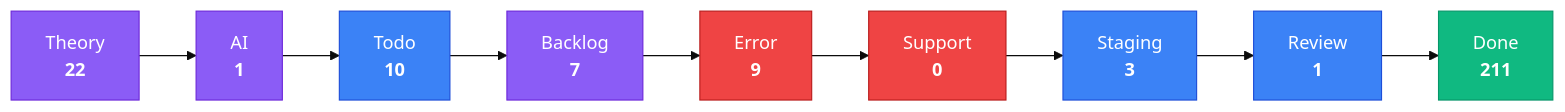
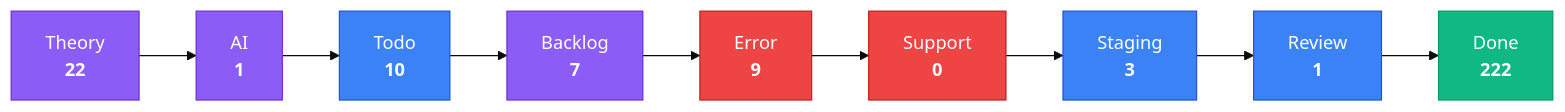
One commit to KBVE/kbve changed the third of 4 diagrams in apps/kbve/astro-kbve/src/content/docs/dashboard/kanban-data.mdx. Above: the diagram before and after it, drawn with Mermaid (base theme). The commit also changed other lines of this file and 8 other files, not shown here.

````diff
--- a/apps/kbve/astro-kbve/src/content/docs/dashboard/kanban-data.mdx
+++ b/apps/kbve/astro-kbve/src/content/docs/dashboard/kanban-data.mdx
@@ -80,28 +80,28 @@
 ```mermaid
 flowchart LR
     classDef planning fill:#8b5cf6,stroke:#6d28d9,color:#fff
     classDef active fill:#3b82f6,stroke:#1d4ed8,color:#fff
     classDef blocked fill:#ef4444,stroke:#b91c1c,color:#fff
     classDef done fill:#10b981,stroke:#059669,color:#fff
     Theory["Theory<br/><strong>22</strong>"]
     Theory --> AI
     AI["AI<br/><strong>1</strong>"]
     AI --> Todo
     Todo["Todo<br/><strong>10</strong>"]
     Todo --> Backlog
     Backlog["Backlog<br/><strong>7</strong>"]
     Backlog --> Error
     Error["Error<br/><strong>9</strong>"]
     Error --> Support
     Support["Support<br/><strong>0</strong>"]
     Support --> Staging
     Staging["Staging<br/><strong>3</strong>"]
     Staging --> Review
     Review["Review<br/><strong>1</strong>"]
     Review --> Done
-    Done["Done<br/><strong>211</strong>"]
+    Done["Done<br/><strong>222</strong>"]
     class Theory,AI,Backlog planning
     class Todo,Staging,Review active
     class Error,Support blocked
     class Done done
 ```
````
